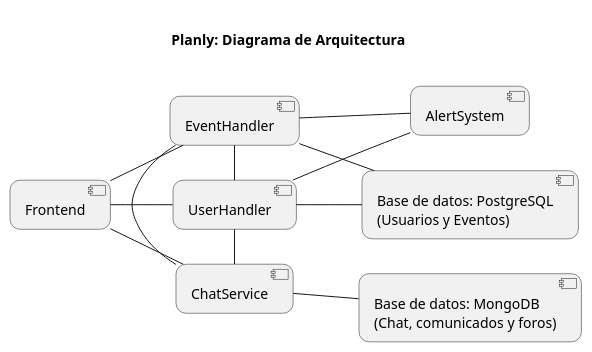
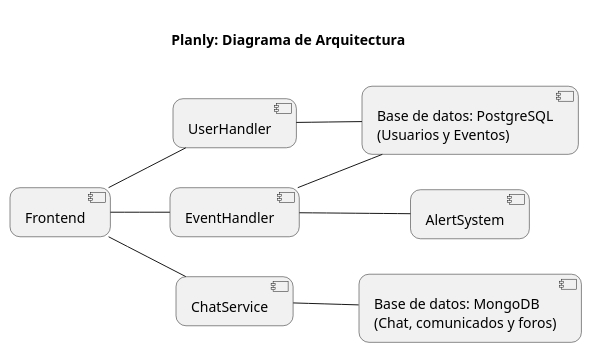
One commit to MrDahaniel/Planly changed the diagram in Planning and Design/ArchitecturalDiagram.plantuml. Above: the diagram before and after it, drawn with PlantUML. The commit also changed 5 other files, not shown here.

Commit message:
Updated diagrams, added architecure diagram

```diff
--- a/Planning and Design/ArchitecturalDiagram.plantuml
+++ b/Planning and Design/ArchitecturalDiagram.plantuml
@@ -1,40 +1,35 @@
 @startuml ArchitecturalDiagram
 
     title \n Planly: Diagrama de Arquitectura \n
 
     left to right direction
     skinparam monochrome true
     skinparam roundcorner 20
 
     ' Services definition
 
         ' Database Services
         [Base de datos: PostgreSQL\n(Usuarios y Eventos)] as P_SQL_DB
         [Base de datos: MongoDB\n(Chat, comunicados y foros)] as MONGO_DB
 
         ' Business and logic services
         [UserHandler] as UHMicro
         [EventHandler] as EHMicro
         [AlertSystem] as ALSys
         [ChatService] as ChatServ
         [Frontend] as Front
 
         
         Front -- UHMicro
         Front -- EHMicro
         Front -- ChatServ
 
         EHMicro -- P_SQL_DB
         UHMicro -- P_SQL_DB
 
         ChatServ -- MONGO_DB
 
         EHMicro -- ALSys
-        UHMicro -- ALSys
-
-        ChatServ -left- UHMicro
-        UHMicro -left- EHMicro
-        ChatServ -left- EHMicro
 
 
-@enduml
+@enduml                                                                                                                                                                                                                                                                                                                                                                                                                                                                                                                                                                        
```
